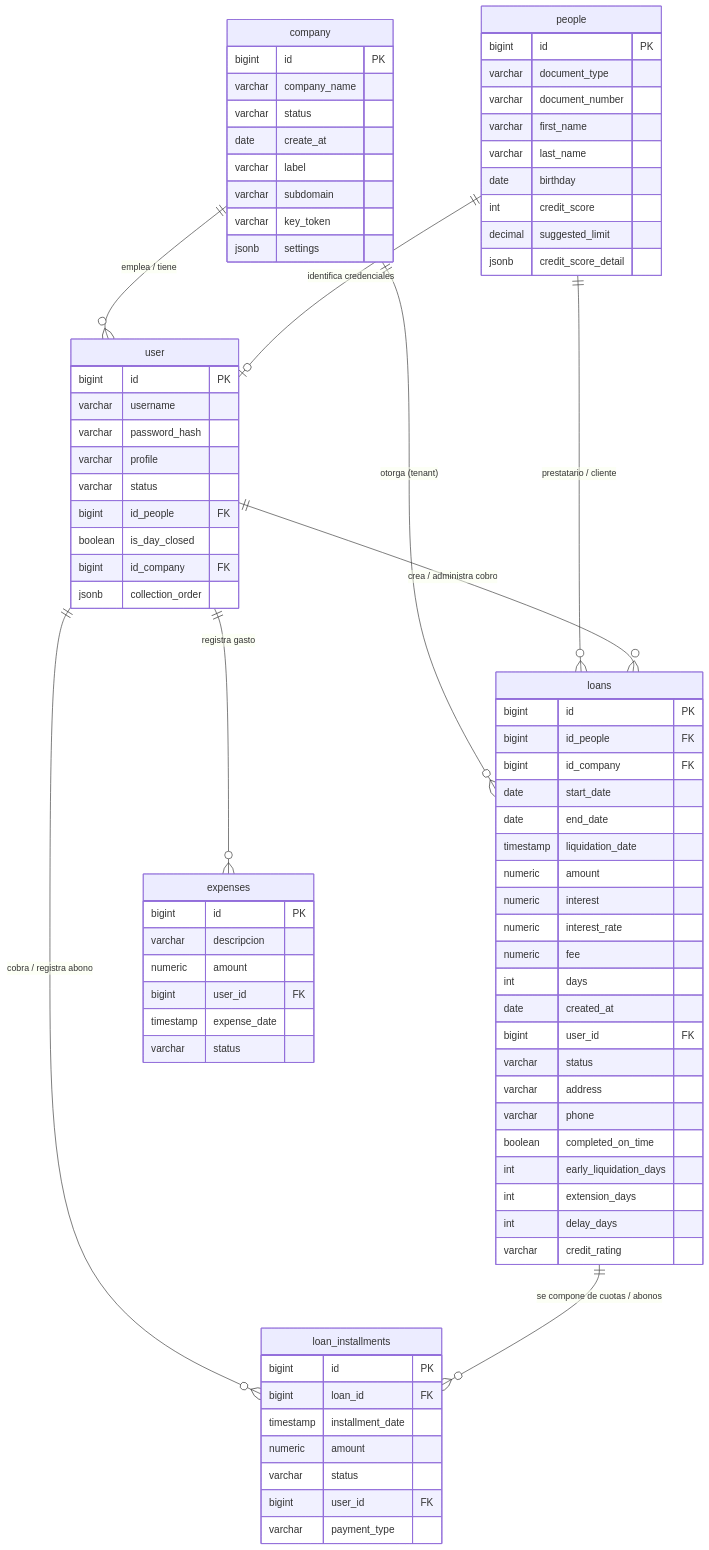
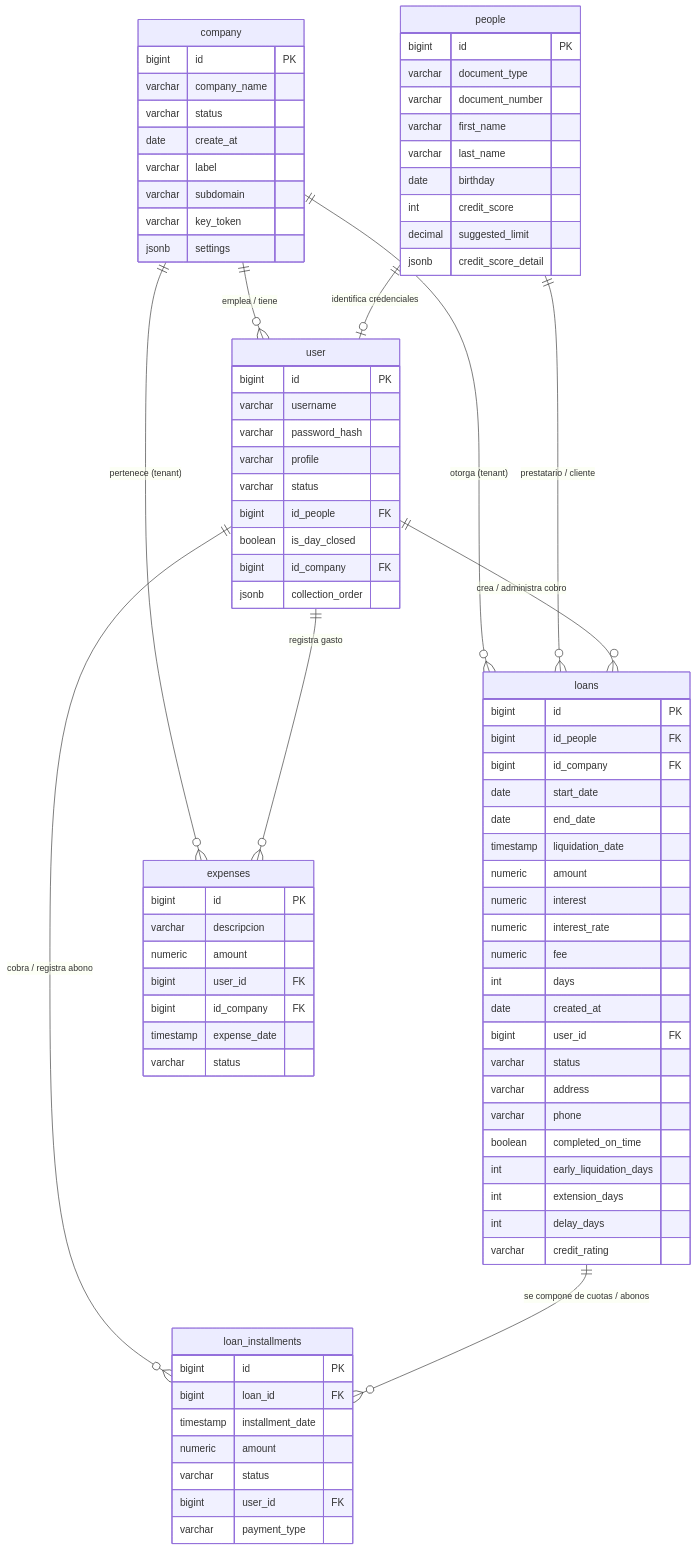
Before and after one commit to alexisb1v1/PrestamosApi: the diagram in .antigravity/database.md, drawn with Mermaid. The commit also changed other lines of this file and 20 other files, not shown here.

```diff
--- a/.antigravity/database.md
+++ b/.antigravity/database.md
@@ -12,6 +12,7 @@
 erDiagram
     company ||--o{ user : "emplea / tiene"
     company ||--o{ loans : "otorga (tenant)"
+    company ||--o{ expenses : "pertenece (tenant)"
     people ||--o| user : "identifica credenciales"
     people ||--o{ loans : "prestatario / cliente"
     user ||--o{ loans : "crea / administra cobro"
@@ -93,6 +94,7 @@
         varchar descripcion
         numeric amount
         bigint user_id FK
+        bigint id_company FK
         timestamp expense_date
         varchar status
     }
```
